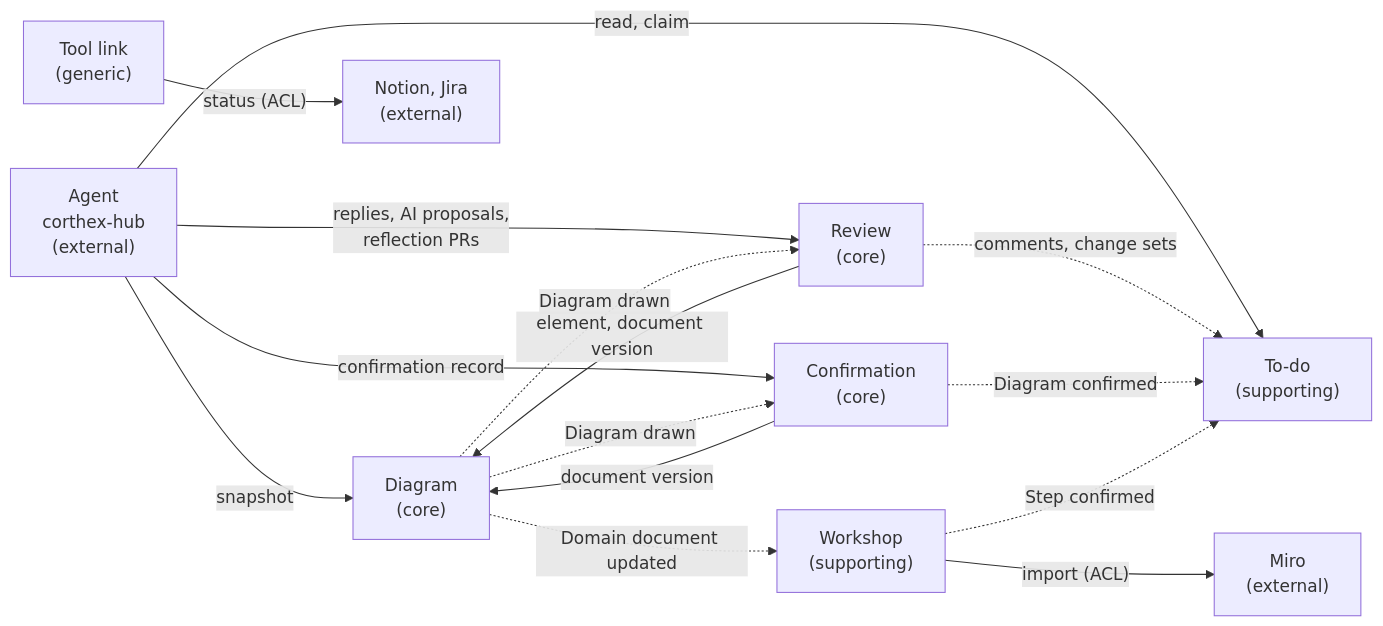
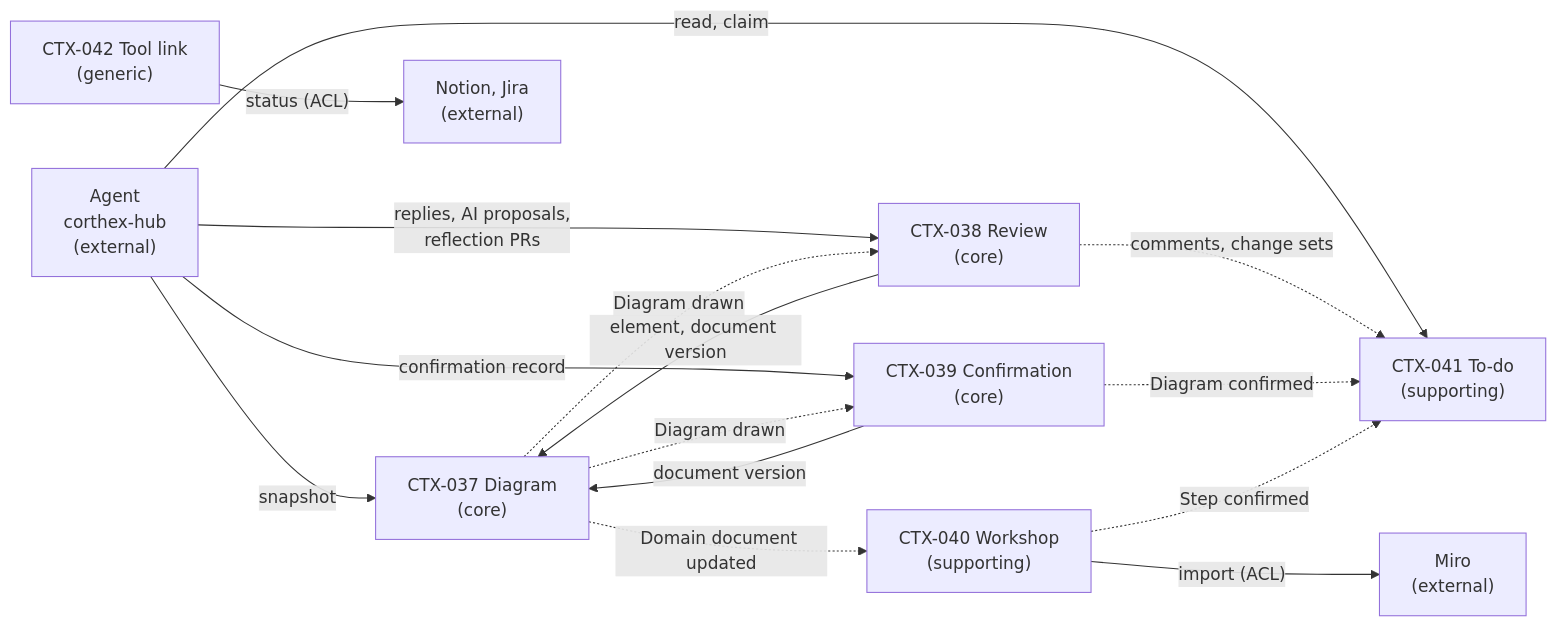
One commit to kodonghui/corthex-nexus changed the diagram in docs/01-domain/nexus.md. Above: the diagram before and after it, drawn with Mermaid. The commit also changed other lines of this file and 3 other files, not shown here.

````diff
--- a/docs/01-domain/nexus.md
+++ b/docs/01-domain/nexus.md
@@ -254,27 +255,27 @@
 ```mermaid
 flowchart LR
   %% grammar: structure
   agent["Agent<br/>corthex-hub<br/>(external)"]
-  diagram["Diagram<br/>(core)"]
-  review["Review<br/>(core)"]
-  confirm["Confirmation<br/>(core)"]
-  workshop["Workshop<br/>(supporting)"]
-  todo["To-do<br/>(supporting)"]
-  toollink["Tool link<br/>(generic)"]
+  diagram["CTX-037 Diagram<br/>(core)"]
+  review["CTX-038 Review<br/>(core)"]
+  confirm["CTX-039 Confirmation<br/>(core)"]
+  workshop["CTX-040 Workshop<br/>(supporting)"]
+  todo["CTX-041 To-do<br/>(supporting)"]
+  toollink["CTX-042 Tool link<br/>(generic)"]
   tools["Notion, Jira<br/>(external)"]
   miro["Miro<br/>(external)"]
   agent -->|"snapshot"| diagram
   agent -->|"replies, AI proposals,<br/>reflection PRs"| review
   agent -->|"confirmation record"| confirm
   agent -->|"read, claim"| todo
   review -->|"element, document version"| diagram
   confirm -->|"document version"| diagram
   diagram -.->|"Diagram drawn"| review
   diagram -.->|"Diagram drawn"| confirm
   diagram -.->|"Domain document updated"| workshop
   review -.->|"comments, change sets"| todo
   confirm -.->|"Diagram confirmed"| todo
   workshop -.->|"Step confirmed"| todo
   toollink -->|"status (ACL)"| tools
   workshop -->|"import (ACL)"| miro
 ```
````
